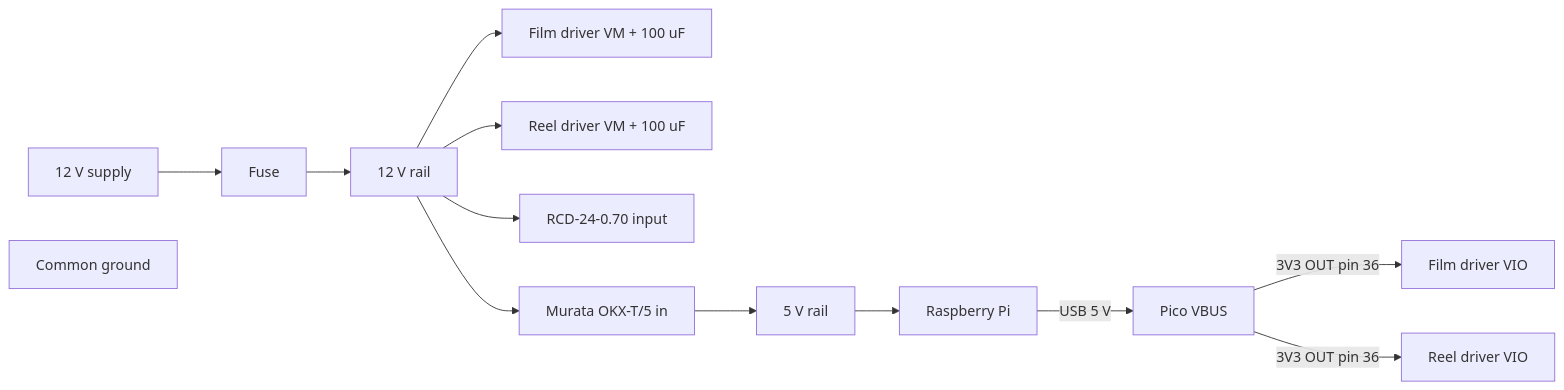
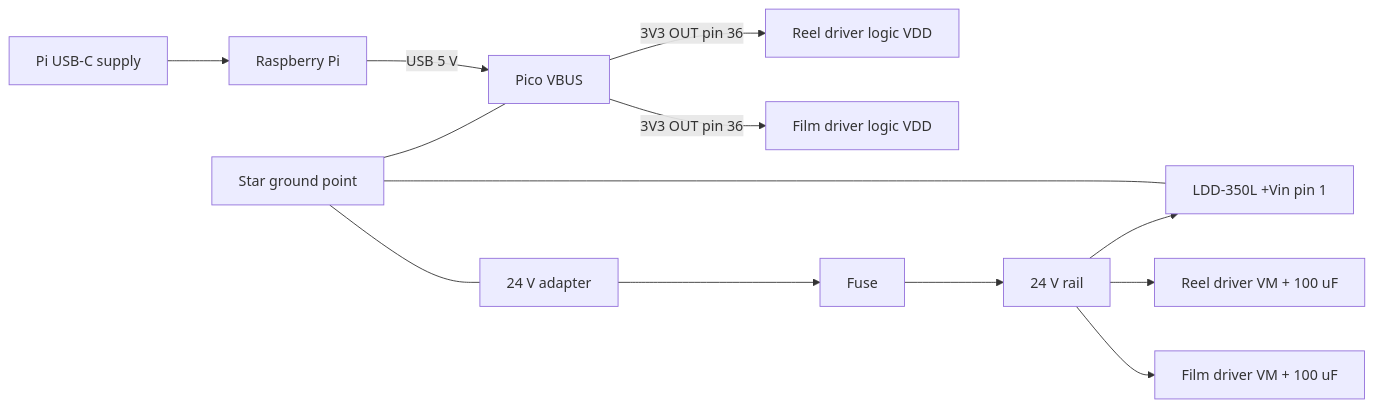
One commit to hess105/Super8FilmScanner changed the second of 4 diagrams in docs/design/wiring.md. Above: the diagram before and after it, drawn with Mermaid. The commit also changed other lines of this file and 4 other files, not shown here.

````diff
--- a/docs/design/wiring.md
+++ b/docs/design/wiring.md
@@ -29,15 +29,15 @@
 ```mermaid
 flowchart LR
-    PSU[12 V supply] --> FUSE[Fuse]
-    FUSE --> R12[12 V rail]
-    R12 --> VMF[Film driver VM + 100 uF]
-    R12 --> VMR[Reel driver VM + 100 uF]
-    R12 --> LD[RCD-24-0.70 input]
-    R12 --> BK[Murata OKX-T/5 in]
-    BK --> R5[5 V rail]
-    R5 --> PI[Raspberry Pi]
+    PSU[24 V adapter] --> FUSE[Fuse]
+    FUSE --> R24[24 V rail]
+    R24 --> VMF[Film driver VM + 100 uF]
+    R24 --> VMR[Reel driver VM + 100 uF]
+    R24 --> LD[LDD-350L +Vin pin 1]
+    USBC[Pi USB-C supply] --> PI[Raspberry Pi]
     PI -->|USB 5 V| PICO[Pico VBUS]
-    PICO -->|3V3 OUT pin 36| VIOF[Film driver VIO]
-    PICO -->|3V3 OUT pin 36| VIOR[Reel driver VIO]
-    GND[Common ground]
+    PICO -->|3V3 OUT pin 36| VIOF[Film driver logic VDD]
+    PICO -->|3V3 OUT pin 36| VIOR[Reel driver logic VDD]
+    STAR[Star ground point] --- PSU
+    STAR --- LD
+    STAR --- PICO
 ```
````
